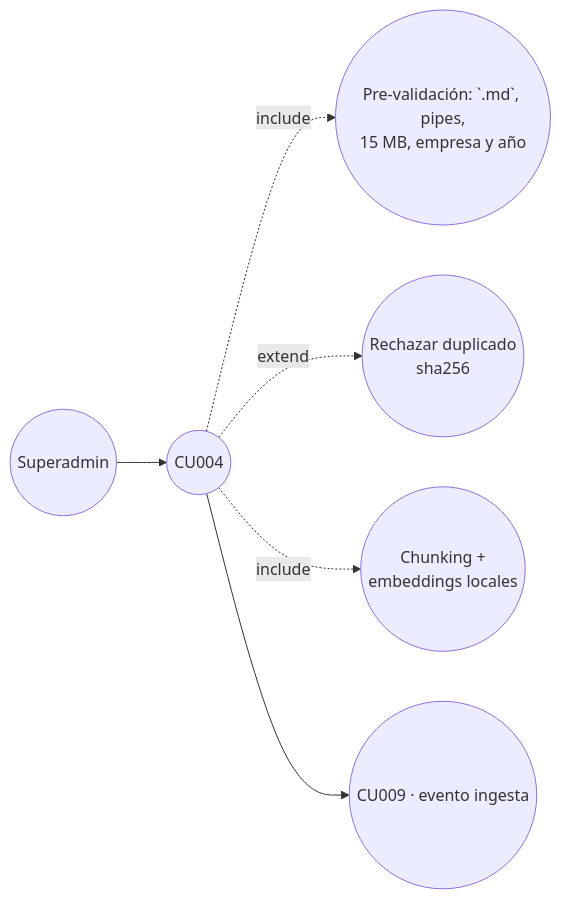
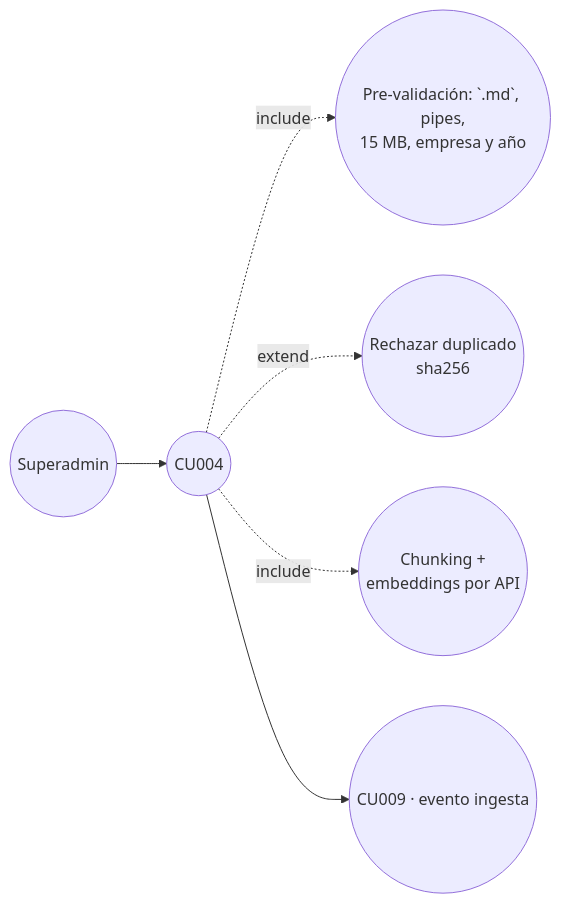
Before and after one commit to lFunkwnon01/igualab_md: the fifth of 10 diagrams in FASE 1/01-Analisis-y-Diseno/07-Casos-de-Uso-Diagrama.md, drawn with Mermaid. The commit also changed other lines of this file and 17 other files, not shown here.

````diff
--- a/FASE 1/01-Analisis-y-Diseno/07-Casos-de-Uso-Diagrama.md
+++ b/FASE 1/01-Analisis-y-Diseno/07-Casos-de-Uso-Diagrama.md
@@ -95,8 +95,8 @@
 ```mermaid
 flowchart LR
   SA(("Superadmin")) --> CU004((CU004))
   CU004 -.->|include| GUARD((Pre-validación: `.md`, pipes,<br/>15 MB, empresa y año))
   CU004 -.->|extend| DUP((Rechazar duplicado<br/>sha256))
-  CU004 -.->|include| IDX((Chunking +<br/>embeddings locales))
+  CU004 -.->|include| IDX((Chunking +<br/>embeddings por API))
   CU004 --> AUD((CU009 · evento ingesta))
 ```
````
